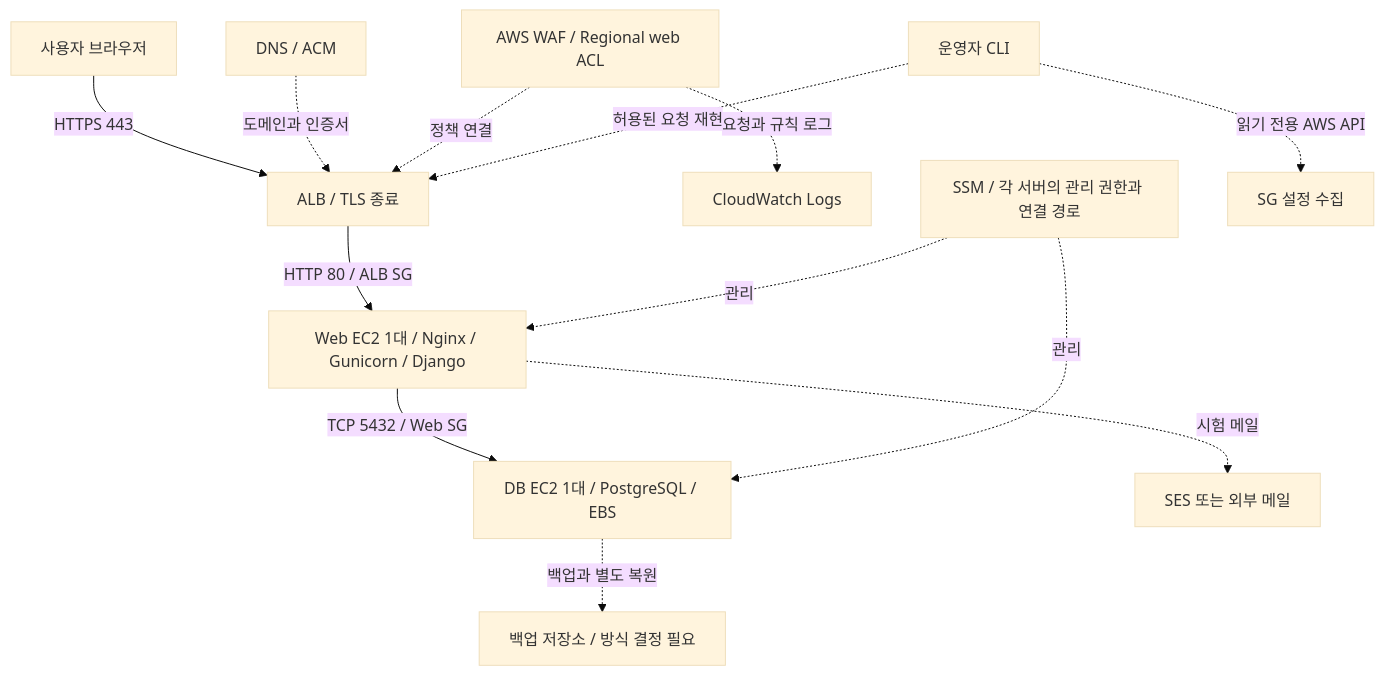
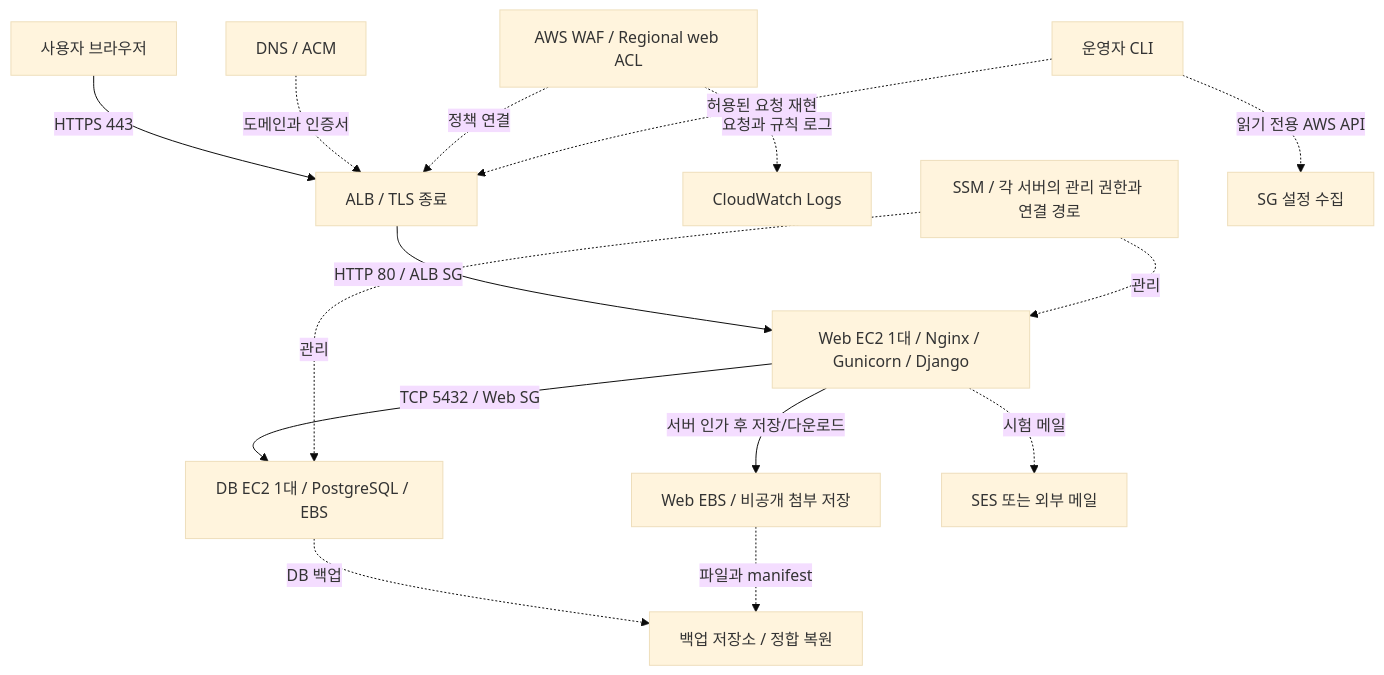
The fourth of 7 diagrams in 기본프로젝트_계획.md (MinsooAhn02/Haven), drawn with Mermaid (base theme) before and after one commit. The commit also changed other lines of this file and 7 other files, not shown here.

````diff
--- a/기본프로젝트_계획.md
+++ b/기본프로젝트_계획.md
@@ -169,15 +191,17 @@
 ```mermaid
 flowchart TB
     user[사용자 브라우저] -->|HTTPS 443| alb[ALB / TLS 종료]
     dns[DNS / ACM] -. 도메인과 인증서 .-> alb
     waf[AWS WAF / Regional web ACL] -. 정책 연결 .-> alb
     waf -. 요청과 규칙 로그 .-> cw[CloudWatch Logs]
     alb -->|HTTP 80 / ALB SG| web[Web EC2 1대 / Nginx / Gunicorn / Django]
     web -->|TCP 5432 / Web SG| db[DB EC2 1대 / PostgreSQL / EBS]
+    web -->|서버 인가 후 저장/다운로드| files[Web EBS / 비공개 첨부 저장]
     ssm[SSM / 각 서버의 관리 권한과 연결 경로] -. 관리 .-> web
     ssm -. 관리 .-> db
     web -. 시험 메일 .-> mail[SES 또는 외부 메일]
-    db -. 백업과 별도 복원 .-> backup[백업 저장소 / 방식 결정 필요]
+    db -. DB 백업 .-> backup[백업 저장소 / 정합 복원]
+    files -. 파일과 manifest .-> backup
     operator[운영자 CLI] -. 읽기 전용 AWS API .-> aws[SG 설정 수집]
     operator -. 허용된 요청 재현 .-> alb
 ```
````
